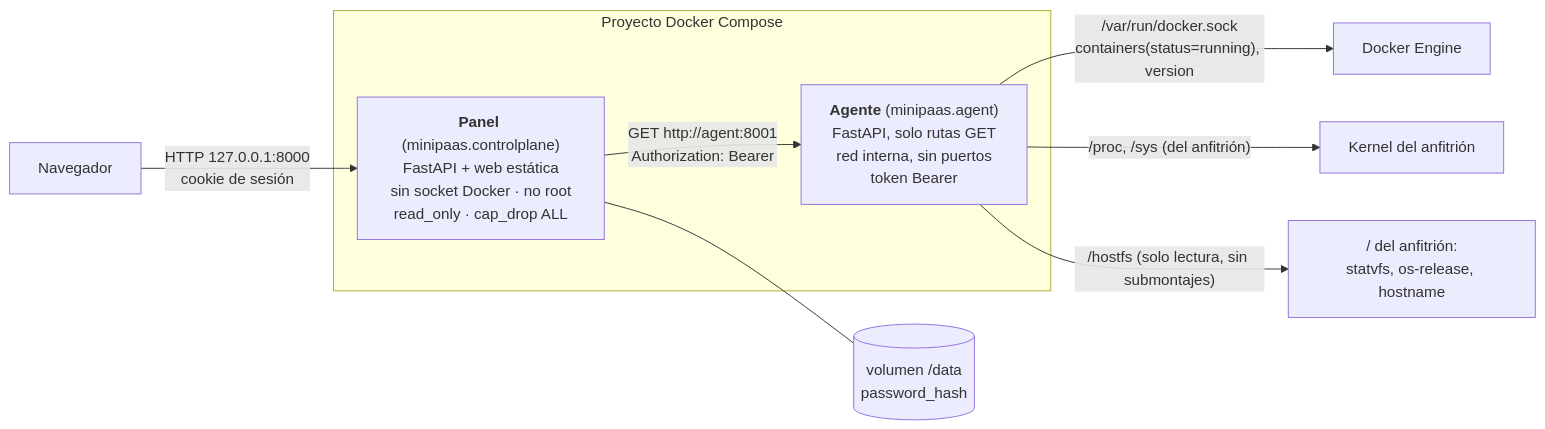
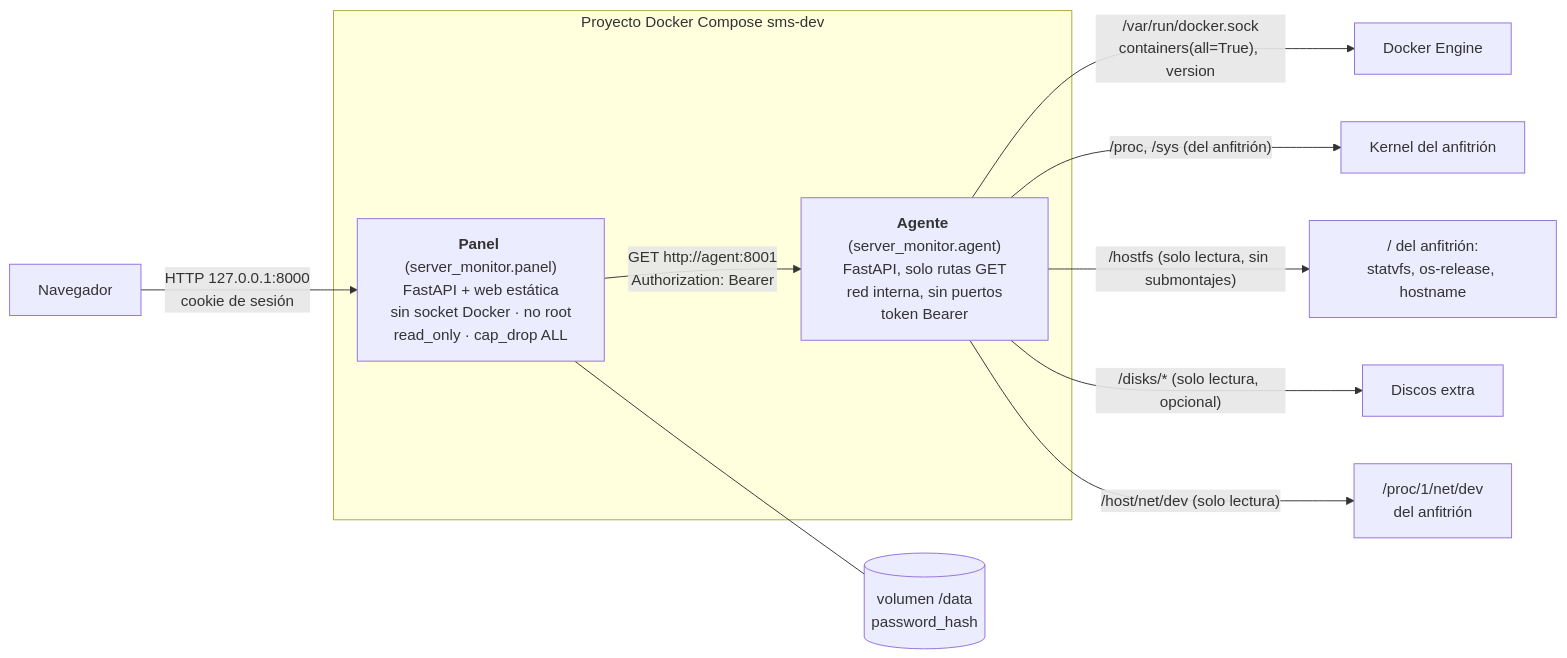
The first of 2 diagrams in docs/03-arquitectura.md (javialbala/Server-Monitoring-Service), drawn with Mermaid before and after one commit. The commit also changed other lines of this file and 130 other files, not shown here.

````diff
--- a/docs/03-arquitectura.md
+++ b/docs/03-arquitectura.md
@@ -12,15 +13,17 @@
 ```mermaid
 flowchart LR
     N[Navegador] -- "HTTP 127.0.0.1:8000<br/>cookie de sesión" --> P
 
-    subgraph Compose[Proyecto Docker Compose]
-        P["<b>Panel</b> (minipaas.controlplane)<br/>FastAPI + web estática<br/>sin socket Docker · no root<br/>read_only · cap_drop ALL"]
-        A["<b>Agente</b> (minipaas.agent)<br/>FastAPI, solo rutas GET<br/>red interna, sin puertos<br/>token Bearer"]
+    subgraph Compose[Proyecto Docker Compose sms-dev]
+        P["<b>Panel</b> (server_monitor.panel)<br/>FastAPI + web estática<br/>sin socket Docker · no root<br/>read_only · cap_drop ALL"]
+        A["<b>Agente</b> (server_monitor.agent)<br/>FastAPI, solo rutas GET<br/>red interna, sin puertos<br/>token Bearer"]
         P -- "GET http://agent:8001<br/>Authorization: Bearer" --> A
     end
 
-    A -- "/var/run/docker.sock<br/>containers(status=running), version" --> D[Docker Engine]
+    A -- "/var/run/docker.sock<br/>containers(all=True), version" --> D[Docker Engine]
     A -- "/proc, /sys (del anfitrión)" --> K[Kernel del anfitrión]
     A -- "/hostfs (solo lectura, sin submontajes)" --> F["/ del anfitrión:<br/>statvfs, os-release, hostname"]
+    A -- "/disks/* (solo lectura, opcional)" --> E[Discos extra]
+    A -- "/host/net/dev (solo lectura)" --> R["/proc/1/net/dev<br/>del anfitrión"]
     P --- V[("volumen /data<br/>password_hash")]
 ```
````
